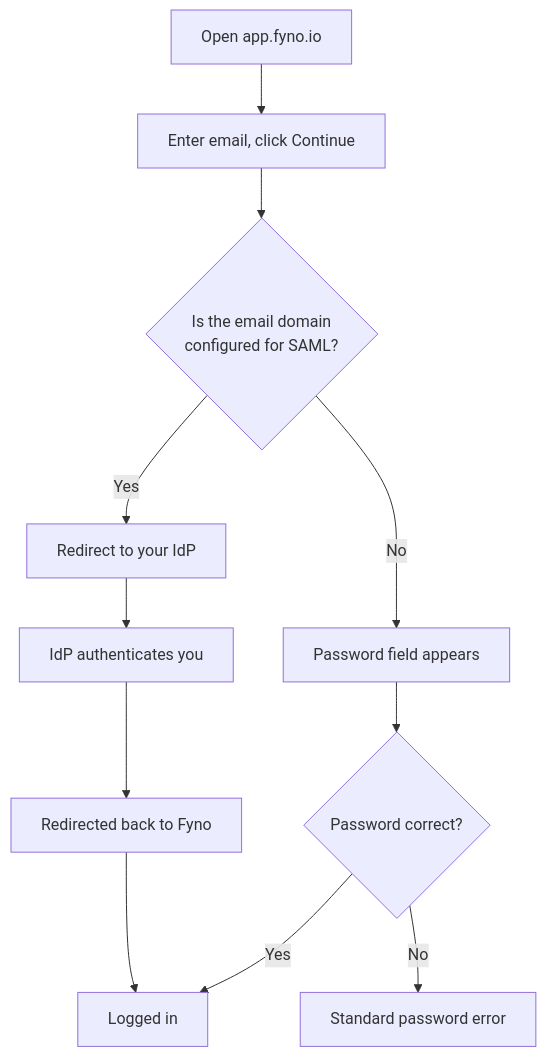
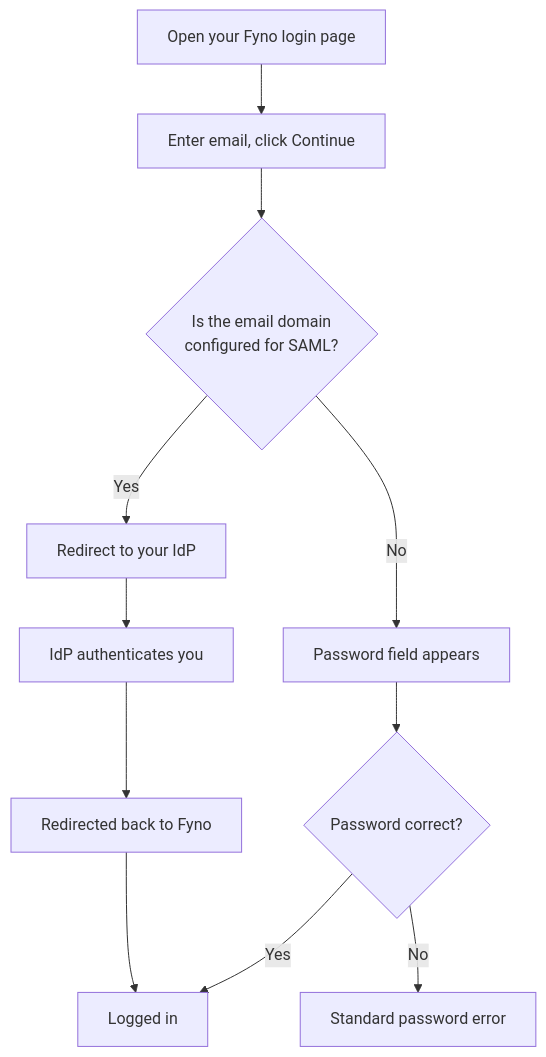
Before and after one commit to fynoio/documentation: the diagram in fern/pages/settings/saml.mdx, drawn with Mermaid. The commit also changed other lines of this file and 1 other file, not shown here.

````diff
--- a/fern/pages/settings/saml.mdx
+++ b/fern/pages/settings/saml.mdx
@@ -69,13 +58,13 @@
 ```mermaid
 flowchart TD
-    A[Open app.fyno.io] --> B[Enter email, click Continue]
+    A[Open your Fyno login page] --> B[Enter email, click Continue]
     B --> C{Is the email domain<br/>configured for SAML?}
     C -- Yes --> D[Redirect to your IdP]
     D --> E[IdP authenticates you]
     E --> F[Redirected back to Fyno]
     F --> G[Logged in]
     C -- No --> H[Password field appears]
     H --> I{Password correct?}
     I -- Yes --> G
     I -- No --> J[Standard password error]
 ```
````
